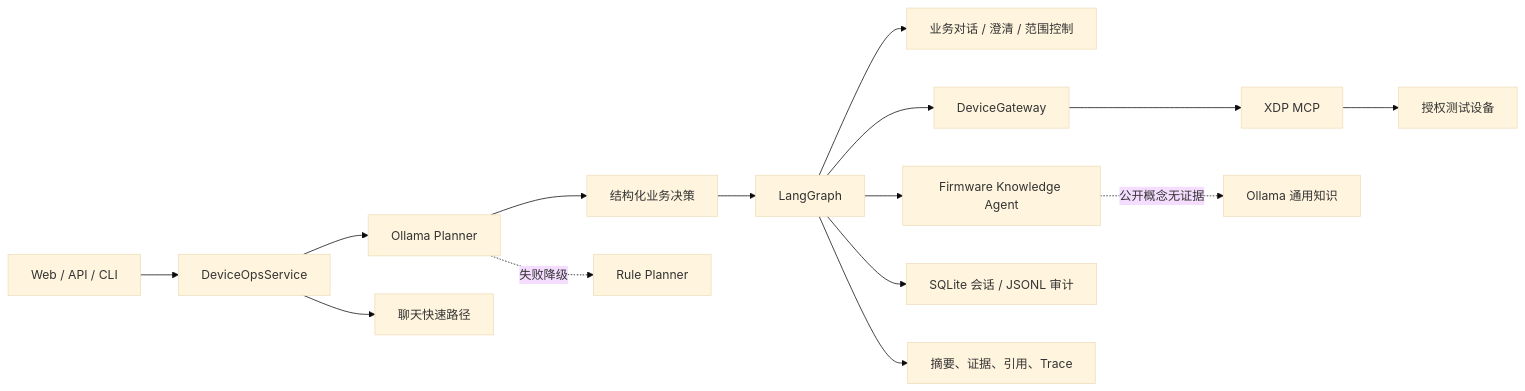
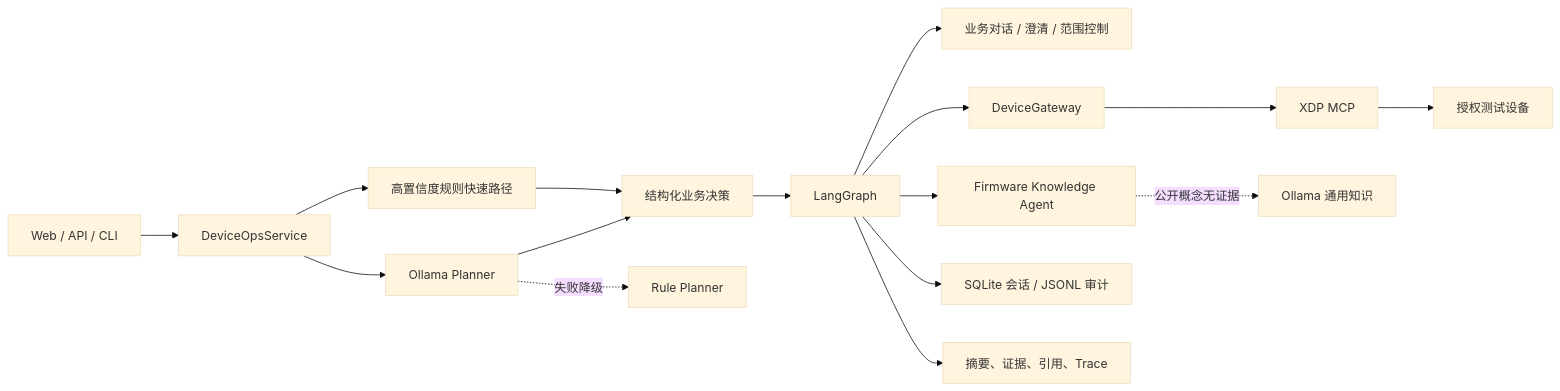
The diagram in README.md (yuzhouzhishen/device-agent-lab), drawn with Mermaid (base theme) before and after one commit. The commit also changed other lines of this file and 13 other files, not shown here.

````diff
--- a/README.md
+++ b/README.md
@@ -30,17 +30,18 @@
 ```mermaid
 flowchart LR
     U["Web / API / CLI"] --> S["DeviceOpsService"]
     S --> P["Ollama Planner"]
-    S --> F["聊天快速路径"]
+    S --> F["高置信度规则快速路径"]
     P --> C["结构化业务决策"]
+    F --> C
     P -. "失败降级" .-> R["Rule Planner"]
     C --> G["LangGraph"]
     G --> H["业务对话 / 澄清 / 范围控制"]
     G --> X["DeviceGateway"]
     X --> M["XDP MCP"]
     M --> D["授权测试设备"]
     G --> K["Firmware Knowledge Agent"]
     K -. "公开概念无证据" .-> L["Ollama 通用知识"]
     G --> A["SQLite 会话 / JSONL 审计"]
     G --> O["摘要、证据、引用、Trace"]
 ```
````
